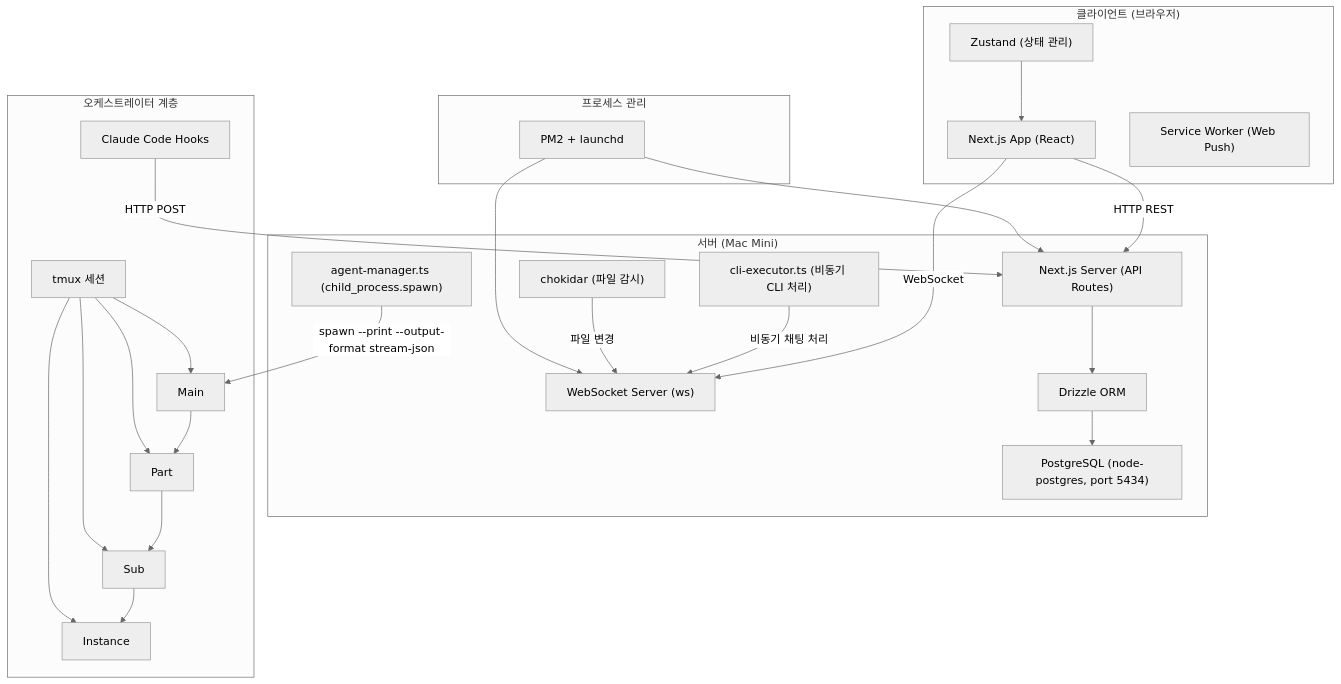
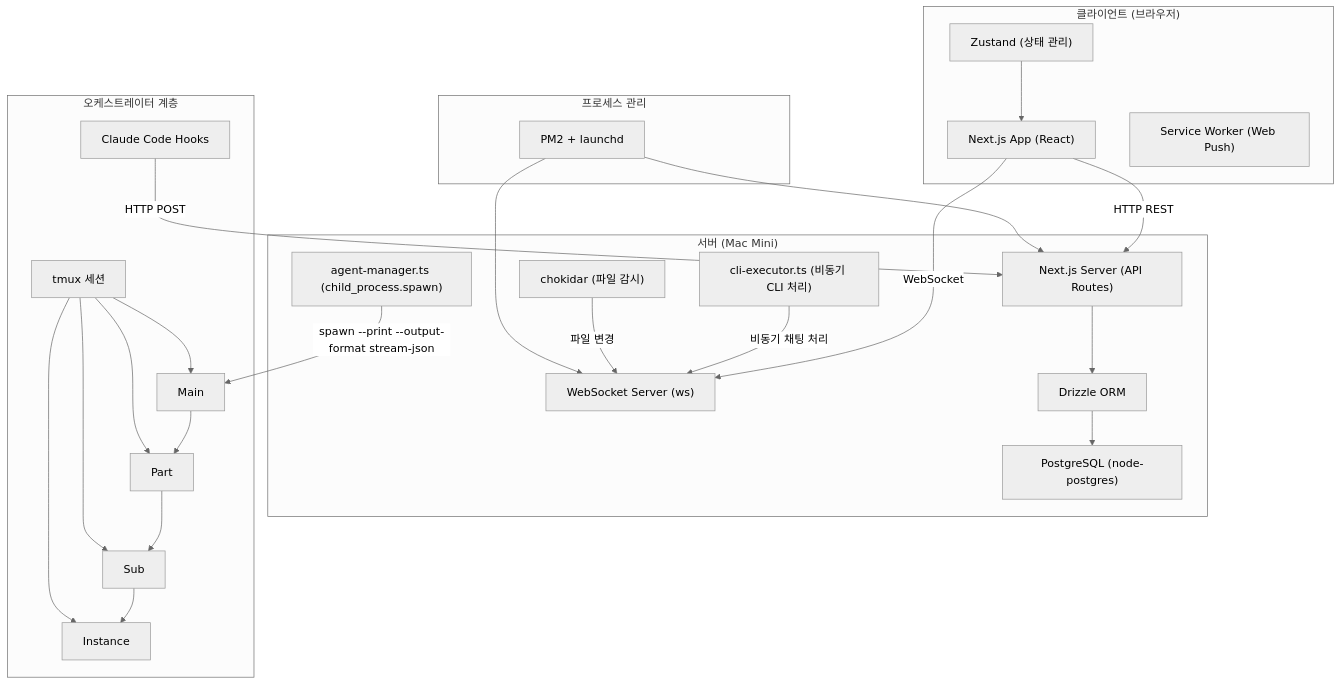
Before and after one commit to Jeonyunjae/ClaudeManager: the first of 7 diagrams in 03_design/🏗️ architecture.md, drawn with Mermaid (neutral theme). The commit also changed 11 other files, not shown here.

````diff
--- a/03_design/🏗️ architecture.md
+++ b/03_design/🏗️ architecture.md
@@ -38,46 +38,46 @@
 ```mermaid
 flowchart TB
     subgraph CLIENT["클라이언트 (브라우저)"]
         NEXT_CLIENT["Next.js App (React)"]
         ZUSTAND["Zustand (상태 관리)"]
         SW["Service Worker (Web Push)"]
     end
     
     subgraph SERVER["서버 (Mac Mini)"]
         NEXT_SERVER["Next.js Server (API Routes)"]
         WS_SERVER["WebSocket Server (ws)"]
-        PG["PostgreSQL (node-postgres, port 5434)"]
+        PG["PostgreSQL (node-postgres)"]
         DRIZZLE["Drizzle ORM"]
         CHOKIDAR["chokidar (파일 감시)"]
         AGENT_MGR["agent-manager.ts (child_process.spawn)"]
         CLI_EXEC["cli-executor.ts (비동기 CLI 처리)"]
     end
     
     subgraph ORCHESTRATOR["오케스트레이터 계층"]
         MAIN["Main"]
         PART["Part"]
         SUB["Sub"]
         INST["Instance"]
         TMUX["tmux 세션"]
         HOOKS["Claude Code Hooks"]
     end
     
     subgraph PROCESS["프로세스 관리"]
         PM2["PM2 + launchd"]
     end
     
     NEXT_CLIENT -->|HTTP REST| NEXT_SERVER
     NEXT_CLIENT -->|WebSocket| WS_SERVER
     ZUSTAND --> NEXT_CLIENT
     
     NEXT_SERVER --> DRIZZLE --> PG
     AGENT_MGR -->|"spawn --print --output-format stream-json"| MAIN
     CLI_EXEC -->|비동기 채팅 처리| WS_SERVER
     CHOKIDAR -->|파일 변경| WS_SERVER
     
     HOOKS -->|HTTP POST| NEXT_SERVER
     MAIN --> PART --> SUB --> INST
     TMUX --> MAIN & PART & SUB & INST
     
     PM2 --> NEXT_SERVER & WS_SERVER
 ```
````
